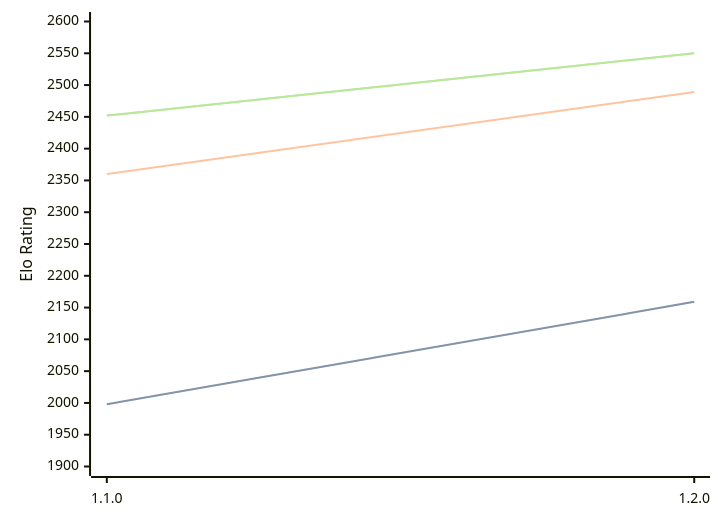
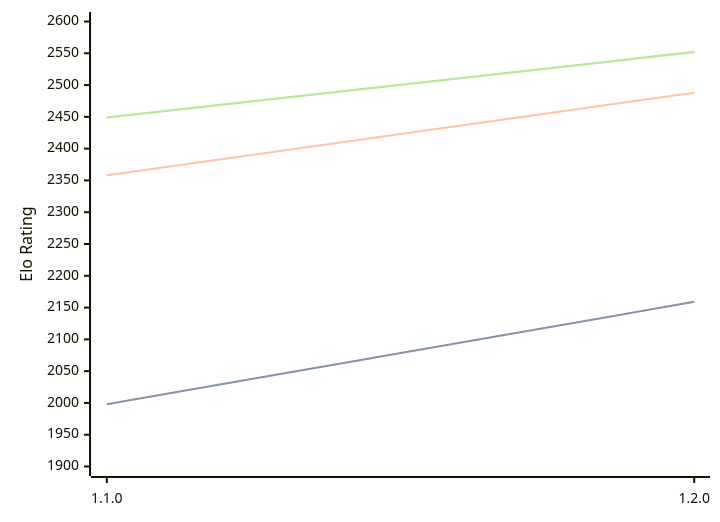
One commit to computer-chess-index/cci changed the diagram in engines/Gyatso.md. Above: the diagram before and after it, drawn with Mermaid. The commit also changed other lines of this file, not shown here.

Commit message:
Update CCI Ratings (ELO VLTC) - 2026-03-12

````diff
--- a/engines/Gyatso.md
+++ b/engines/Gyatso.md
@@ -31,11 +31,11 @@
 ```mermaid
 %%{init: {"theme":"base","themeVariables":{"seriesColors:['#a3a3a3','#222221','#faa371']}}}%%
 xychart-beta
   x-axis ["1.1.0", "1.2.0"]
   y-axis "Elo Rating" 1900 --> 2600
   line "STC (8.0+0.08s)" [1998, 2159]
   line "STC (8.0+0.08s)" [1998, 2159]
-  line "LTC (60.0+0.60s)" [2360, 2489]
-  line "VLTC (2m24s+1.12s)" [2452, 2550]
-  line "VLTC (2m24s+1.12s)" [2452, 2550]
+  line "LTC (60.0+0.60s)" [2358, 2488]
+  line "VLTC (2m24s+1.12s)" [2449, 2552]
+  line "VLTC (2m24s+1.12s)" [2449, 2552]
 ```
````
